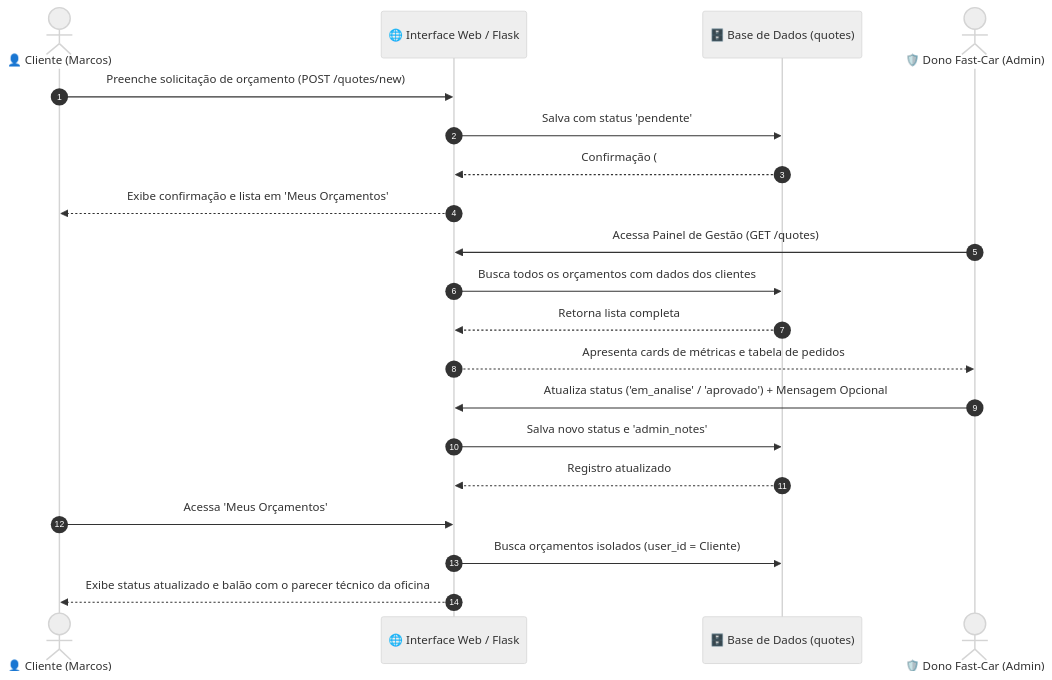
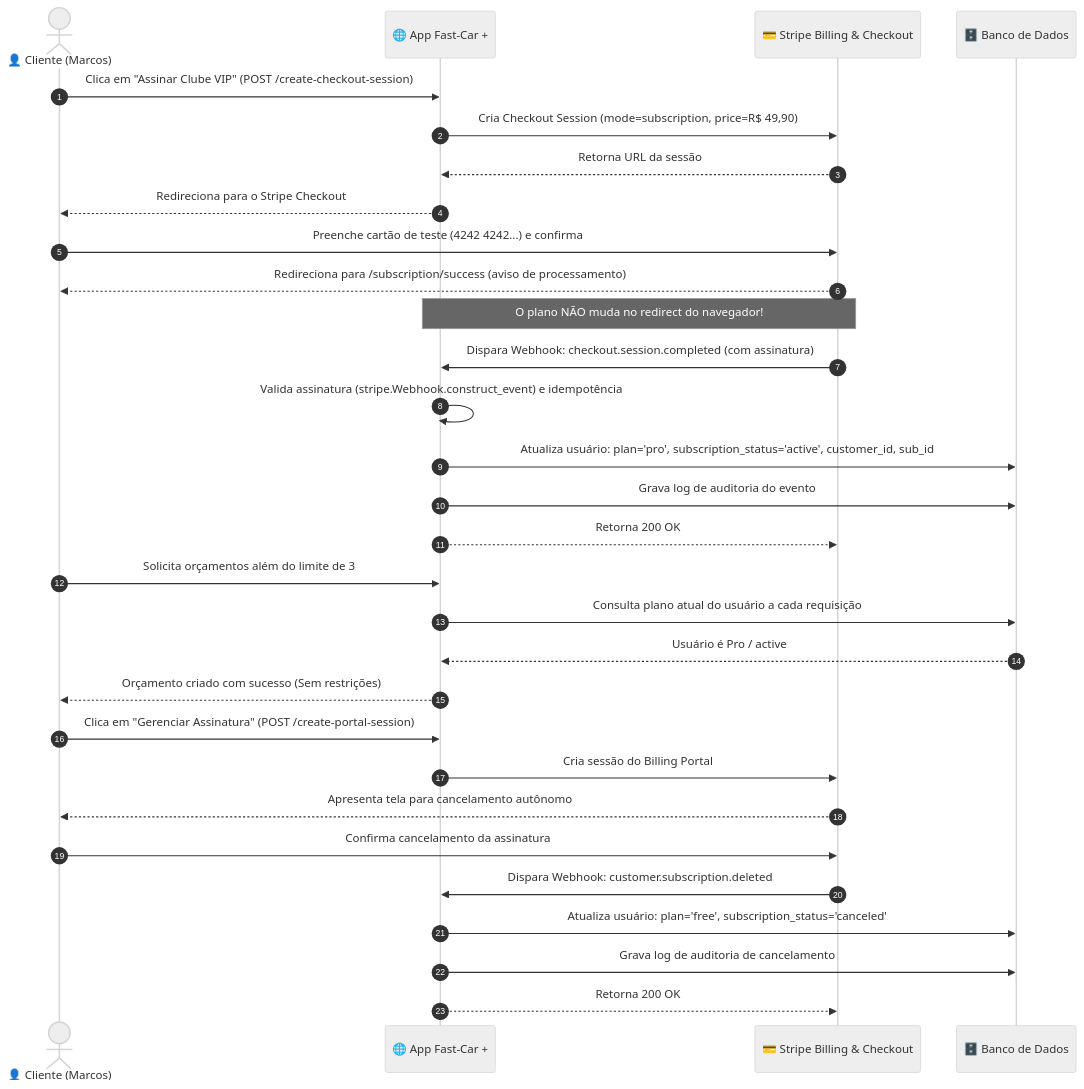
One commit to Felipe520397/fast-car-projeto changed the diagram in DOCUMENTACAO.md. Above: the diagram before and after it, drawn with Mermaid (neutral theme). The commit also changed other lines of this file and 15 other files, not shown here.

Commit message:
feat: SaaS completo com Stripe Subscriptions, webhooks, limites por plano e painel MRR

````diff
--- a/DOCUMENTACAO.md
+++ b/DOCUMENTACAO.md
@@ -45,26 +28,39 @@
 ```mermaid
 sequenceDiagram
     autonumber
     actor Cliente as 👤 Cliente (Marcos)
-    participant Web as 🌐 Interface Web / Flask
-    participant DB as 🗄️ Base de Dados (quotes)
-    actor Admin as 🛡️ Dono Fast-Car (Admin)
+    participant Web as 🌐 App Fast-Car +
+    participant Stripe as 💳 Stripe Billing & Checkout
+    participant DB as 🗄️ Banco de Dados
 
-    Cliente->>Web: Preenche solicitação de orçamento (POST /quotes/new)
-    Web->>DB: Salva com status 'pendente'
-    DB-->>Web: Confirmação (#ID)
-    Web-->>Cliente: Exibe confirmação e lista em 'Meus Orçamentos'
+    Cliente->>Web: Clica em "Assinar Clube VIP" (POST /create-checkout-session)
+    Web->>Stripe: Cria Checkout Session (mode=subscription, price=R$ 49,90)
+    Stripe-->>Web: Retorna URL da sessão
+    Web-->>Cliente: Redireciona para o Stripe Checkout
+
+    Cliente->>Stripe: Preenche cartão de teste (4242 4242...) e confirma
+    Stripe-->>Cliente: Redireciona para /subscription/success (aviso de processamento)
     
-    Admin->>Web: Acessa Painel de Gestão (GET /quotes)
-    Web->>DB: Busca todos os orçamentos com dados dos clientes
-    DB-->>Web: Retorna lista completa
-    Web-->>Admin: Apresenta cards de métricas e tabela de pedidos
+    Note over Stripe,Web: O plano NÃO muda no redirect do navegador!
+    
+    Stripe->>Web: Dispara Webhook: checkout.session.completed (com assinatura)
+    Web->>Web: Valida assinatura (stripe.Webhook.construct_event) e idempotência
+    Web->>DB: Atualiza usuário: plan='pro', subscription_status='active', customer_id, sub_id
+    Web->>DB: Grava log de auditoria do evento
+    Web-->>Stripe: Retorna 200 OK
 
-    Admin->>Web: Atualiza status ('em_analise' / 'aprovado') + Mensagem Opcional
-    Web->>DB: Salva novo status e 'admin_notes'
-    DB-->>Web: Registro atualizado
+    Cliente->>Web: Solicita orçamentos além do limite de 3
+    Web->>DB: Consulta plano atual do usuário a cada requisição
+    DB-->>Web: Usuário é Pro / active
+    Web-->>Cliente: Orçamento criado com sucesso (Sem restrições)
 
-    Cliente->>Web: Acessa 'Meus Orçamentos'
-    Web->>DB: Busca orçamentos isolados (user_id = Cliente)
-    Web-->>Cliente: Exibe status atualizado e balão com o parecer técnico da oficina
+    Cliente->>Web: Clica em "Gerenciar Assinatura" (POST /create-portal-session)
+    Web->>Stripe: Cria sessão do Billing Portal
+    Stripe-->>Cliente: Apresenta tela para cancelamento autônomo
+    Cliente->>Stripe: Confirma cancelamento da assinatura
+
+    Stripe->>Web: Dispara Webhook: customer.subscription.deleted
+    Web->>DB: Atualiza usuário: plan='free', subscription_status='canceled'
+    Web->>DB: Grava log de auditoria de cancelamento
+    Web-->>Stripe: Retorna 200 OK
 ```
````
